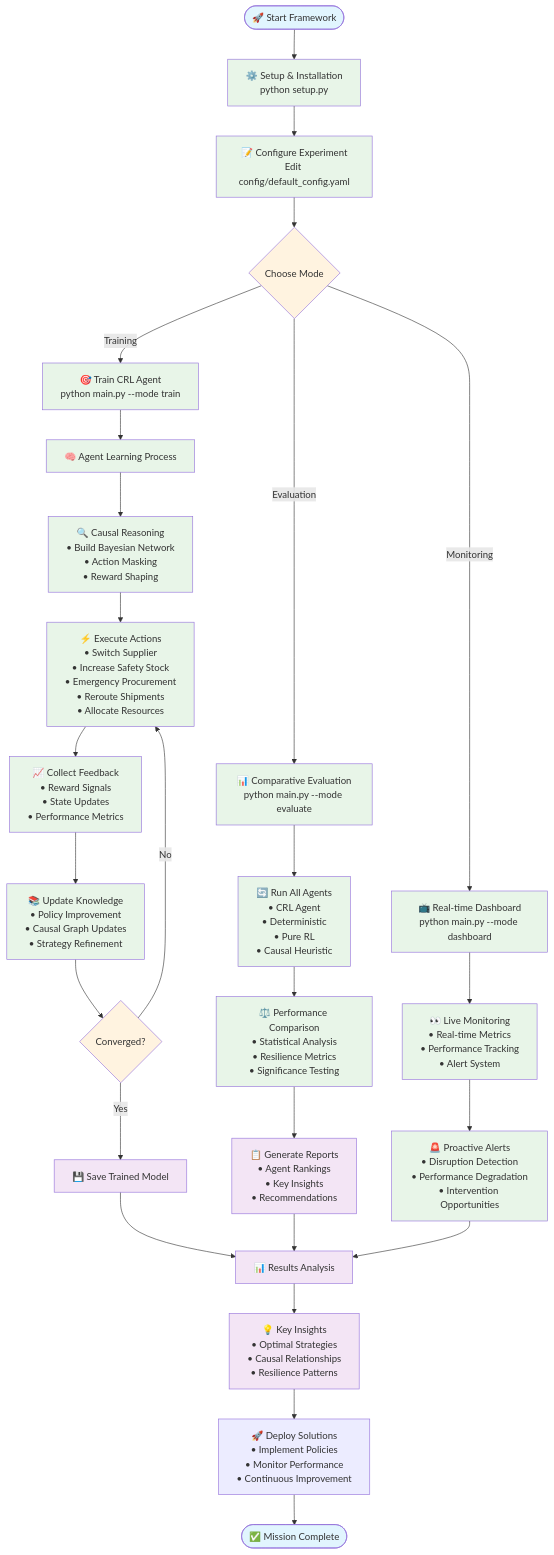
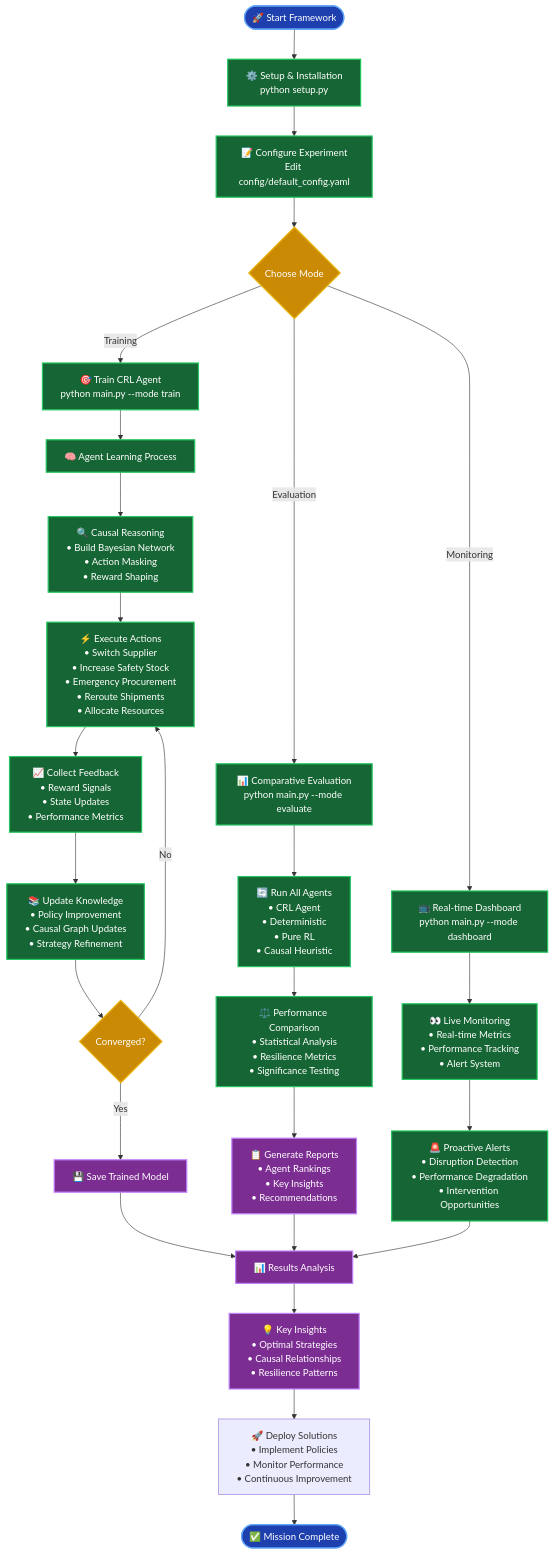
Before and after one commit to abhijit-ubale/JBL_stuff: the third of 6 diagrams in README.md, drawn with Mermaid. The commit also changed other lines of this file, not shown here.

````diff
--- a/README.md
+++ b/README.md
@@ -129,46 +129,46 @@
 ```mermaid
 flowchart TD
-    START([🚀 Start Framework]) --> SETUP[⚙️ Setup & Installation<br/>python setup.py]
-    SETUP --> CONFIG[📝 Configure Experiment<br/>Edit config/default_config.yaml]
+    START([🚀 Start Framework]) --> SETUP["⚙️ Setup & Installation<br/>python setup.py"]
+    SETUP --> CONFIG["📝 Configure Experiment<br/>Edit config/default_config.yaml"]
     CONFIG --> CHOICE{Choose Mode}
     
-    CHOICE -->|Training| TRAIN[🎯 Train CRL Agent<br/>python main.py --mode train]
-    CHOICE -->|Evaluation| EVAL[📊 Comparative Evaluation<br/>python main.py --mode evaluate] 
-    CHOICE -->|Monitoring| DASH[📺 Real-time Dashboard<br/>python main.py --mode dashboard]
+    CHOICE -->|Training| TRAIN["🎯 Train CRL Agent<br/>python main.py --mode train"]
+    CHOICE -->|Evaluation| EVAL["📊 Comparative Evaluation<br/>python main.py --mode evaluate"] 
+    CHOICE -->|Monitoring| DASH["📺 Real-time Dashboard<br/>python main.py --mode dashboard"]
     
-    TRAIN --> LEARN[🧠 Agent Learning Process]
-    LEARN --> CAUSAL[🔍 Causal Reasoning<br/>• Build Bayesian Network<br/>• Action Masking<br/>• Reward Shaping]
-    CAUSAL --> ACTION[⚡ Execute Actions<br/>• Switch Supplier<br/>• Increase Safety Stock<br/>• Emergency Procurement<br/>• Reroute Shipments<br/>• Allocate Resources]
+    TRAIN --> LEARN["🧠 Agent Learning Process"]
+    LEARN --> CAUSAL["🔍 Causal Reasoning<br/>• Build Bayesian Network<br/>• Action Masking<br/>• Reward Shaping"]
+    CAUSAL --> ACTION["⚡ Execute Actions<br/>• Switch Supplier<br/>• Increase Safety Stock<br/>• Emergency Procurement<br/>• Reroute Shipments<br/>• Allocate Resources"]
     
-    ACTION --> FEEDBACK[📈 Collect Feedback<br/>• Reward Signals<br/>• State Updates<br/>• Performance Metrics]
-    FEEDBACK --> IMPROVE[📚 Update Knowledge<br/>• Policy Improvement<br/>• Causal Graph Updates<br/>• Strategy Refinement]
+    ACTION --> FEEDBACK["📈 Collect Feedback<br/>• Reward Signals<br/>• State Updates<br/>• Performance Metrics"]
+    FEEDBACK --> IMPROVE["📚 Update Knowledge<br/>• Policy Improvement<br/>• Causal Graph Updates<br/>• Strategy Refinement"]
     IMPROVE --> CONVERGENCE{Converged?}
     CONVERGENCE -->|No| ACTION
-    CONVERGENCE -->|Yes| SAVE[💾 Save Trained Model]
+    CONVERGENCE -->|Yes| SAVE["💾 Save Trained Model"]
     
-    EVAL --> BASELINE[🔄 Run All Agents<br/>• CRL Agent<br/>• Deterministic<br/>• Pure RL<br/>• Causal Heuristic]
-    BASELINE --> COMPARE[⚖️ Performance Comparison<br/>• Statistical Analysis<br/>• Resilience Metrics<br/>• Significance Testing]
-    COMPARE --> REPORT[📋 Generate Reports<br/>• Agent Rankings<br/>• Key Insights<br/>• Recommendations]
+    EVAL --> BASELINE["🔄 Run All Agents<br/>• CRL Agent<br/>• Deterministic<br/>• Pure RL<br/>• Causal Heuristic"]
+    BASELINE --> COMPARE["⚖️ Performance Comparison<br/>• Statistical Analysis<br/>• Resilience Metrics<br/>• Significance Testing"]
+    COMPARE --> REPORT["📋 Generate Reports<br/>• Agent Rankings<br/>• Key Insights<br/>• Recommendations"]
     
-    DASH --> MONITOR[👀 Live Monitoring<br/>• Real-time Metrics<br/>• Performance Tracking<br/>• Alert System]
-    MONITOR --> ALERTS[🚨 Proactive Alerts<br/>• Disruption Detection<br/>• Performance Degradation<br/>• Intervention Opportunities]
+    DASH --> MONITOR["👀 Live Monitoring<br/>• Real-time Metrics<br/>• Performance Tracking<br/>• Alert System"]
+    MONITOR --> ALERTS["🚨 Proactive Alerts<br/>• Disruption Detection<br/>• Performance Degradation<br/>• Intervention Opportunities"]
     
-    SAVE --> RESULTS[📊 Results Analysis]
+    SAVE --> RESULTS["📊 Results Analysis"]
     REPORT --> RESULTS
     ALERTS --> RESULTS
     
-    RESULTS --> INSIGHTS[💡 Key Insights<br/>• Optimal Strategies<br/>• Causal Relationships<br/>• Resilience Patterns]
-    INSIGHTS --> DEPLOY[🚀 Deploy Solutions<br/>• Implement Policies<br/>• Monitor Performance<br/>• Continuous Improvement]
+    RESULTS --> INSIGHTS["💡 Key Insights<br/>• Optimal Strategies<br/>• Causal Relationships<br/>• Resilience Patterns"]
+    INSIGHTS --> DEPLOY["🚀 Deploy Solutions<br/>• Implement Policies<br/>• Monitor Performance<br/>• Continuous Improvement"]
     
     DEPLOY --> END([✅ Mission Complete])
     
-    classDef process fill:#e8f5e8
-    classDef decision fill:#fff3e0
-    classDef result fill:#f3e5f5
-    classDef endpoint fill:#e1f5fe
+    classDef process fill:#166534,stroke:#22c55e,stroke-width:2px,color:#ffffff
+    classDef decision fill:#ca8a04,stroke:#eab308,stroke-width:2px,color:#ffffff
+    classDef result fill:#7c2d92,stroke:#c084fc,stroke-width:2px,color:#ffffff
+    classDef endpoint fill:#1e40af,stroke:#60a5fa,stroke-width:2px,color:#ffffff
     
     class SETUP,CONFIG,TRAIN,EVAL,DASH,LEARN,CAUSAL,ACTION,FEEDBACK,IMPROVE,BASELINE,COMPARE,MONITOR,ALERTS process
     class CHOICE,CONVERGENCE decision
     class SAVE,REPORT,RESULTS,INSIGHTS result
     class START,END endpoint
 ```
````
